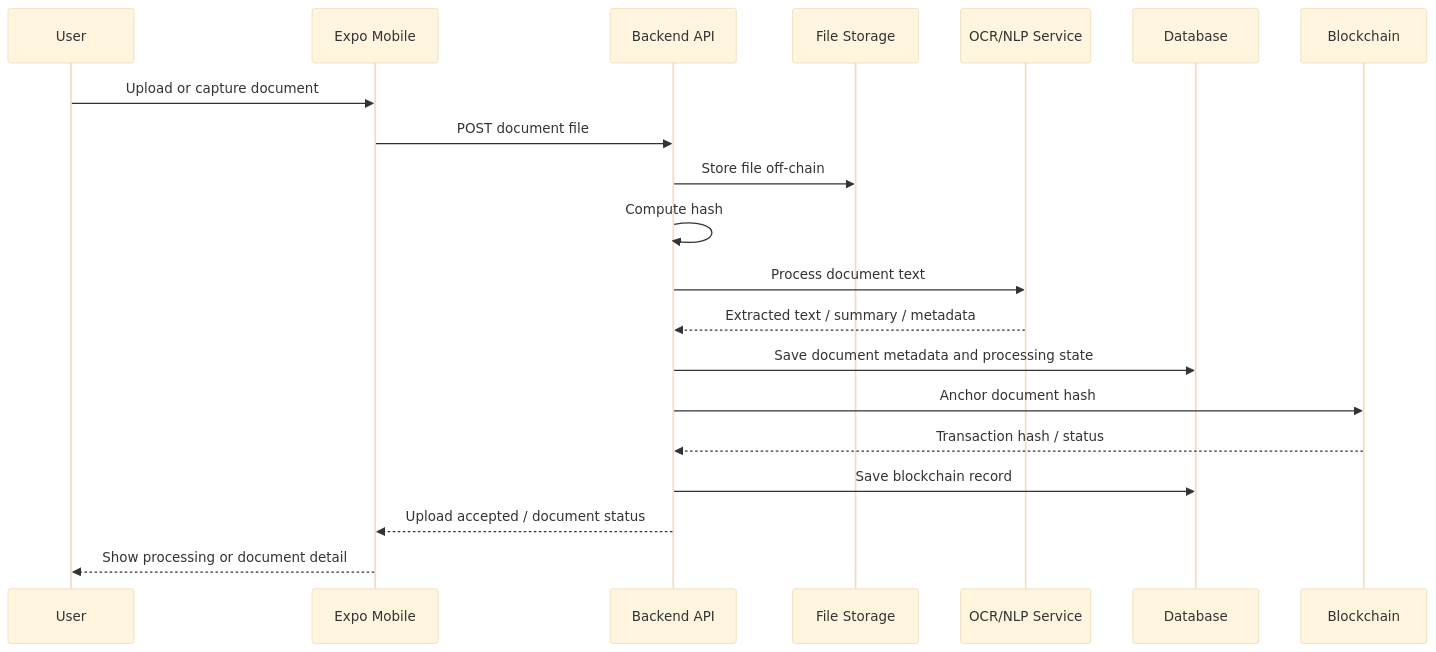
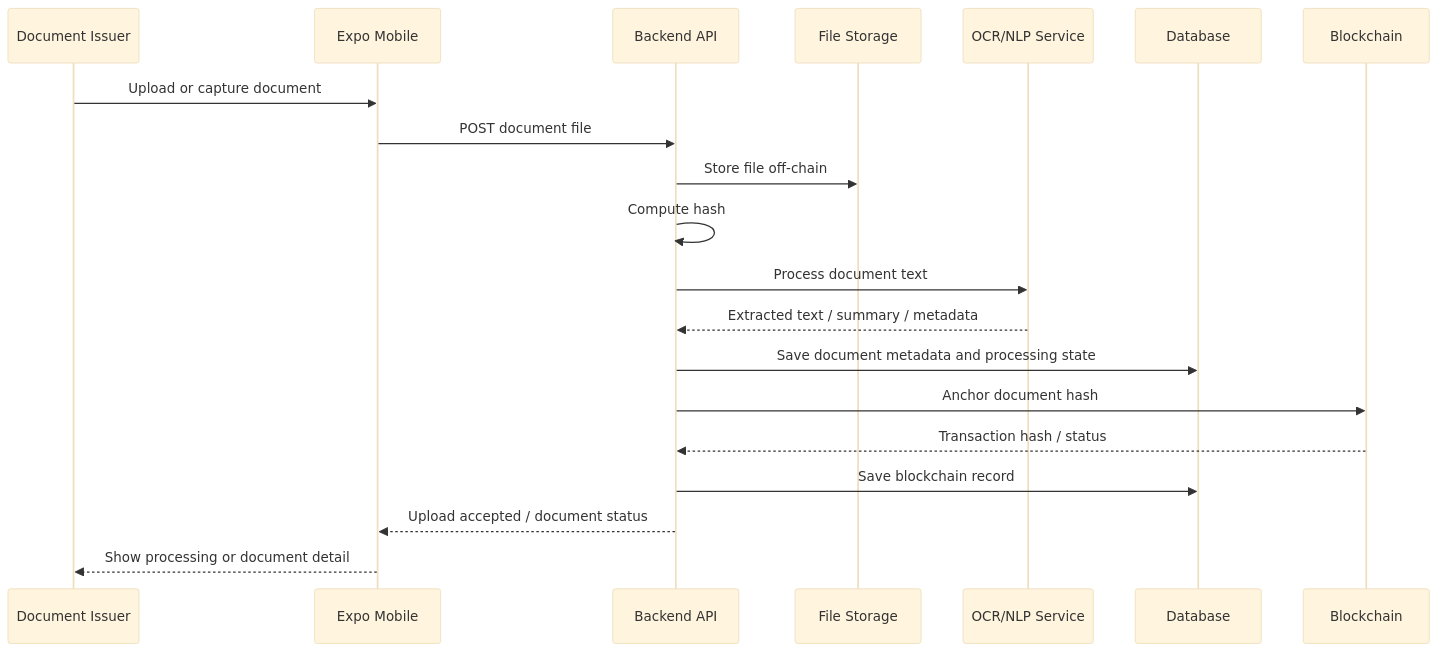
Diagram 15 of 18 in docs/LEXCHAIN-WORKFLOW-FLOWCHARTS.md (agustinelumandong/LexChain), drawn with Mermaid (base theme) before and after one commit. The commit also changed other lines of this file and 6 other files, not shown here.

````diff
--- a/docs/LEXCHAIN-WORKFLOW-FLOWCHARTS.md
+++ b/docs/LEXCHAIN-WORKFLOW-FLOWCHARTS.md
@@ -391,23 +340,23 @@
 ```mermaid
 sequenceDiagram
-  participant User
+  participant Issuer as Document Issuer
   participant Mobile as Expo Mobile
   participant Backend as Backend API
   participant Storage as File Storage
   participant OCR as OCR/NLP Service
   participant DB as Database
   participant Chain as Blockchain
 
-  User->>Mobile: Upload or capture document
+  Issuer->>Mobile: Upload or capture document
   Mobile->>Backend: POST document file
   Backend->>Storage: Store file off-chain
   Backend->>Backend: Compute hash
   Backend->>OCR: Process document text
   OCR-->>Backend: Extracted text / summary / metadata
   Backend->>DB: Save document metadata and processing state
   Backend->>Chain: Anchor document hash
   Chain-->>Backend: Transaction hash / status
   Backend->>DB: Save blockchain record
   Backend-->>Mobile: Upload accepted / document status
-  Mobile-->>User: Show processing or document detail
+  Mobile-->>Issuer: Show processing or document detail
 ```
````
